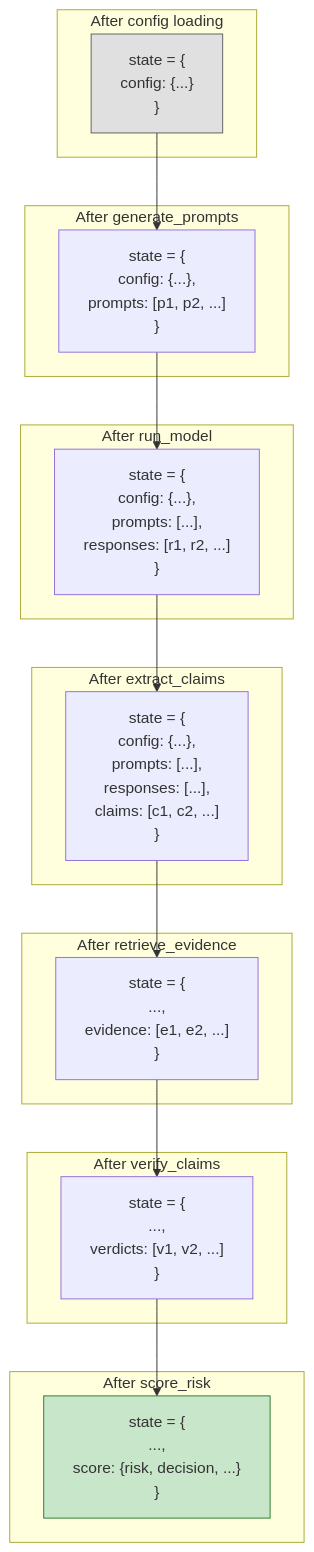
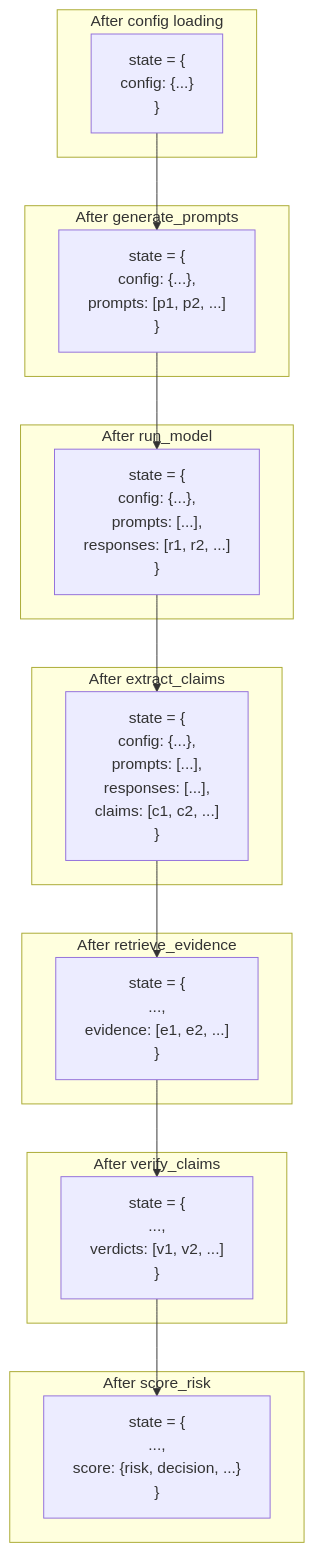
Before and after one commit to kunalsinghdadhwal/symmetrical-broccoli: the ninth of 9 diagrams in docs/ARCHITECTURE.md, drawn with Mermaid. The commit also changed other lines of this file, not shown here.

````diff
--- a/docs/ARCHITECTURE.md
+++ b/docs/ARCHITECTURE.md
@@ -946,35 +908,32 @@
 ```mermaid
 graph TD
     subgraph "After config loading"
         S1["state = {<br/>config: {...}<br/>}"]
     end
 
     subgraph "After generate_prompts"
         S2["state = {<br/>config: {...},<br/>prompts: [p1, p2, ...]<br/>}"]
     end
 
     subgraph "After run_model"
         S3["state = {<br/>config: {...},<br/>prompts: [...],<br/>responses: [r1, r2, ...]<br/>}"]
     end
 
     subgraph "After extract_claims"
         S4["state = {<br/>config: {...},<br/>prompts: [...],<br/>responses: [...],<br/>claims: [c1, c2, ...]<br/>}"]
     end
 
     subgraph "After retrieve_evidence"
         S5["state = {<br/>...,<br/>evidence: [e1, e2, ...]<br/>}"]
     end
 
     subgraph "After verify_claims"
         S6["state = {<br/>...,<br/>verdicts: [v1, v2, ...]<br/>}"]
     end
 
     subgraph "After score_risk"
         S7["state = {<br/>...,<br/>score: {risk, decision, ...}<br/>}"]
     end
 
     S1 --> S2 --> S3 --> S4 --> S5 --> S6 --> S7
-
-    style S1 fill:#e0e0e0,stroke:#616161
-    style S7 fill:#c8e6c9,stroke:#2e7d32
 ```
````
